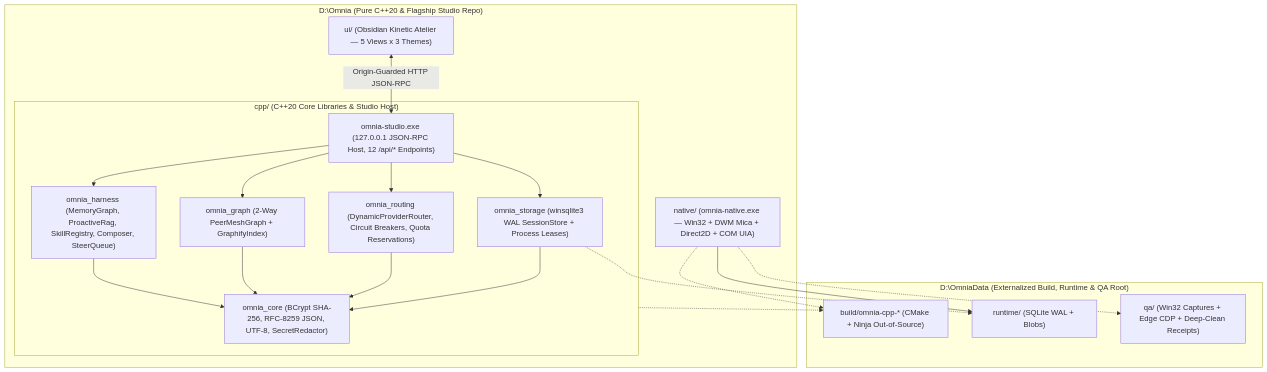
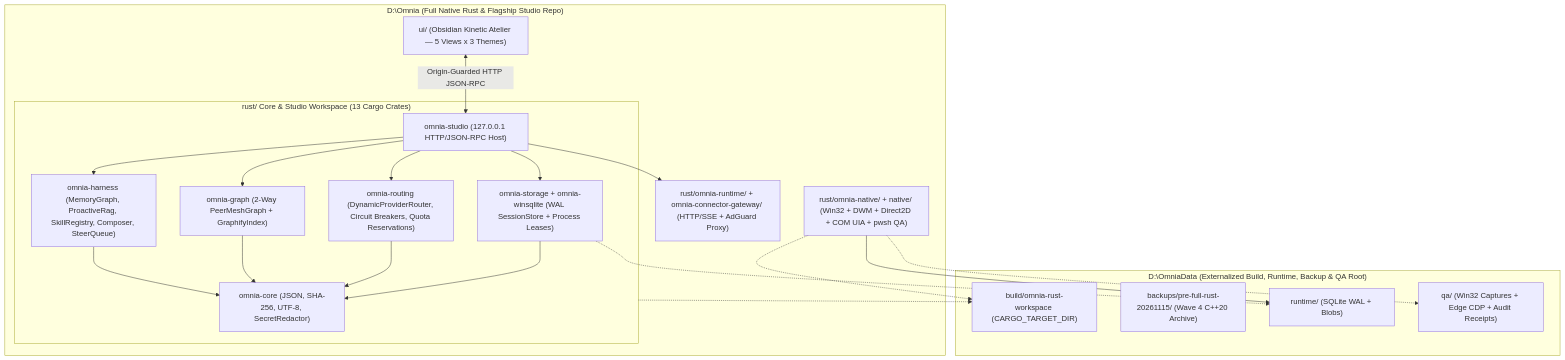
One commit to khang-macphuc111107/omnia changed the diagram in docs/handoff/COLLABORATOR_HANDOFF.md. Above: the diagram before and after it, drawn with Mermaid. The commit also changed other lines of this file and 358 other files, not shown here.

Commit message:
chore(omnia): checkpoint wave-5 full native rust workspace baseline

````diff
--- a/docs/handoff/COLLABORATOR_HANDOFF.md
+++ b/docs/handoff/COLLABORATOR_HANDOFF.md
@@ -46,36 +49,39 @@
 ```mermaid
 flowchart TB
-    subgraph Repo["D:\Omnia (Pure C++20 & Flagship Studio Repo)"]
+    subgraph Repo["D:\Omnia (Full Native Rust & Flagship Studio Repo)"]
         StudioUI["ui/ (Obsidian Kinetic Atelier — 5 Views x 3 Themes)"]
-        Native["native/ (omnia-native.exe — Win32 + DWM Mica + Direct2D + COM UIA)"]
-        subgraph CppCore["cpp/ (C++20 Core Libraries & Studio Host)"]
-            StudioSrv["omnia-studio.exe (127.0.0.1 JSON-RPC Host, 12 /api/* Endpoints)"]
-            Harness["omnia_harness (MemoryGraph, ProactiveRag, SkillRegistry, Composer, SteerQueue)"]
-            Graph["omnia_graph (2-Way PeerMeshGraph + GraphifyIndex)"]
-            Routing["omnia_routing (DynamicProviderRouter, Circuit Breakers, Quota Reservations)"]
-            Storage["omnia_storage (winsqlite3 WAL SessionStore + Process Leases)"]
-            Core["omnia_core (BCrypt SHA-256, RFC-8259 JSON, UTF-8, SecretRedactor)"]
+        Native["rust/omnia-native/ + native/ (Win32 + DWM + Direct2D + COM UIA + pwsh QA)"]
+        Runtime["rust/omnia-runtime/ + omnia-connector-gateway/ (HTTP/SSE + AdGuard Proxy)"]
+        subgraph RustCore["rust/ Core & Studio Workspace (13 Cargo Crates)"]
+            StudioSrv["omnia-studio (127.0.0.1 HTTP/JSON-RPC Host)"]
+            Harness["omnia-harness (MemoryGraph, ProactiveRag, SkillRegistry, Composer, SteerQueue)"]
+            Graph["omnia-graph (2-Way PeerMeshGraph + GraphifyIndex)"]
+            Routing["omnia-routing (DynamicProviderRouter, Circuit Breakers, Quota Reservations)"]
+            Storage["omnia-storage + omnia-winsqlite (WAL SessionStore + Process Leases)"]
+            Core["omnia-core (JSON, SHA-256, UTF-8, SecretRedactor)"]
         end
     end
 
-    subgraph Ext["D:\OmniaData (Externalized Build, Runtime & QA Root)"]
-        BuildDir["build/omnia-cpp-* (CMake + Ninja Out-of-Source)"]
-        Runtime["runtime/ (SQLite WAL + Blobs)"]
-        QA["qa/ (Win32 Captures + Edge CDP + Deep-Clean Receipts)"]
+    subgraph Ext["D:\OmniaData (Externalized Build, Runtime, Backup & QA Root)"]
+        BuildDir["build/omnia-rust-workspace (CARGO_TARGET_DIR)"]
+        Backup["backups/pre-full-rust-20261115/ (Wave 4 C++20 Archive)"]
+        RuntimeData["runtime/ (SQLite WAL + Blobs)"]
+        QA["qa/ (Win32 Captures + Edge CDP + Audit Receipts)"]
     end
 
     StudioUI <-->|"Origin-Guarded HTTP JSON-RPC"| StudioSrv
+    StudioSrv --> Runtime
     StudioSrv --> Harness
     StudioSrv --> Graph
     StudioSrv --> Routing
     StudioSrv --> Storage
     Harness --> Core
     Graph --> Core
     Routing --> Core
     Storage --> Core
-    Native --> Runtime
-    Storage -.-> Runtime
-    CppCore -.-> BuildDir
+    Native --> RuntimeData
+    Storage -.-> RuntimeData
+    RustCore -.-> BuildDir
     Native -.-> BuildDir
     Native -.-> QA
 ```
````
